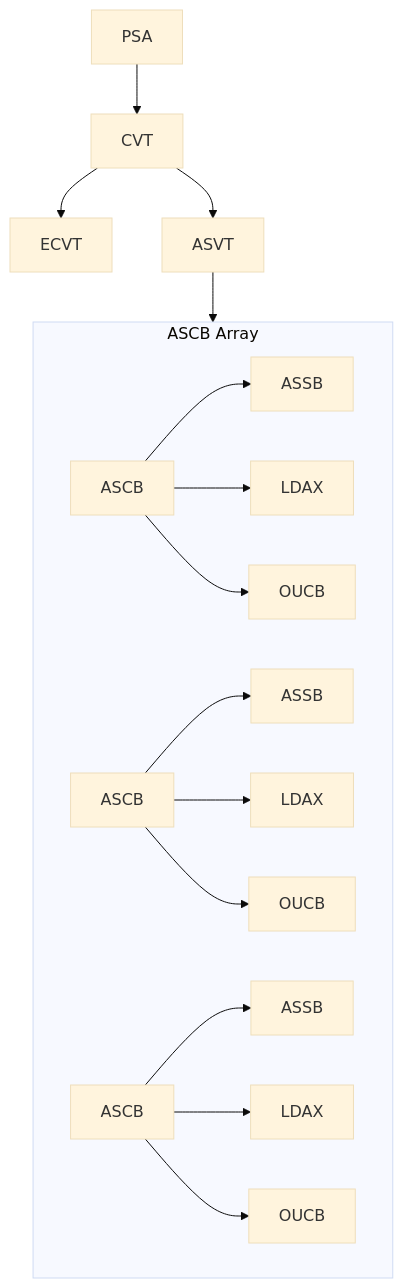
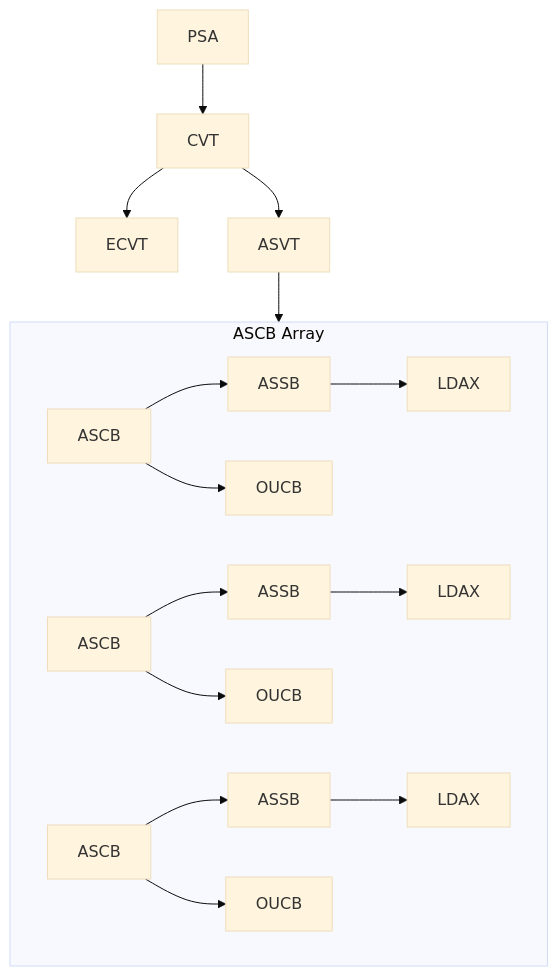
One commit to ambitus/cbxp changed the fourth of 4 diagrams in include_patterns.md. Above: the diagram before and after it, drawn with Mermaid (base theme). The commit also changed 2 other files, not shown here.

Commit message:
Cleanup doc

```diff
--- a/include_patterns.md
+++ b/include_patterns.md
@@ -175,22 +175,22 @@
 <pre class="mermaid">
   flowchart TD
     PSA
     PSA--> CVT
     CVT--> ECVT
     CVT--> ASVT
     ASVT--> ASCBs
     subgraph ASCBs["ASCB Array"]
         ASCB1["ASCB"]
         ASCB1--> ASSB1["ASSB"]
-        ASCB1--> LDAX1["LDAX"]
+        ASSB1--> LDAX1["LDAX"]
         ASCB1--> OUCB1["OUCB"]
         ASCB2["ASCB"]
         ASCB2--> ASSB2["ASSB"]
-        ASCB2--> LDAX2["LDAX"]
+        ASSB2--> LDAX2["LDAX"]
         ASCB2--> OUCB2["OUCB"]
         ASCB3["ASCB"]
         ASCB3--> ASSB3["ASSB"]
-        ASCB3--> LDAX3["LDAX"]
+        ASSB3--> LDAX3["LDAX"]
         ASCB3--> OUCB3["OUCB"]
     end
 </pre>
```
